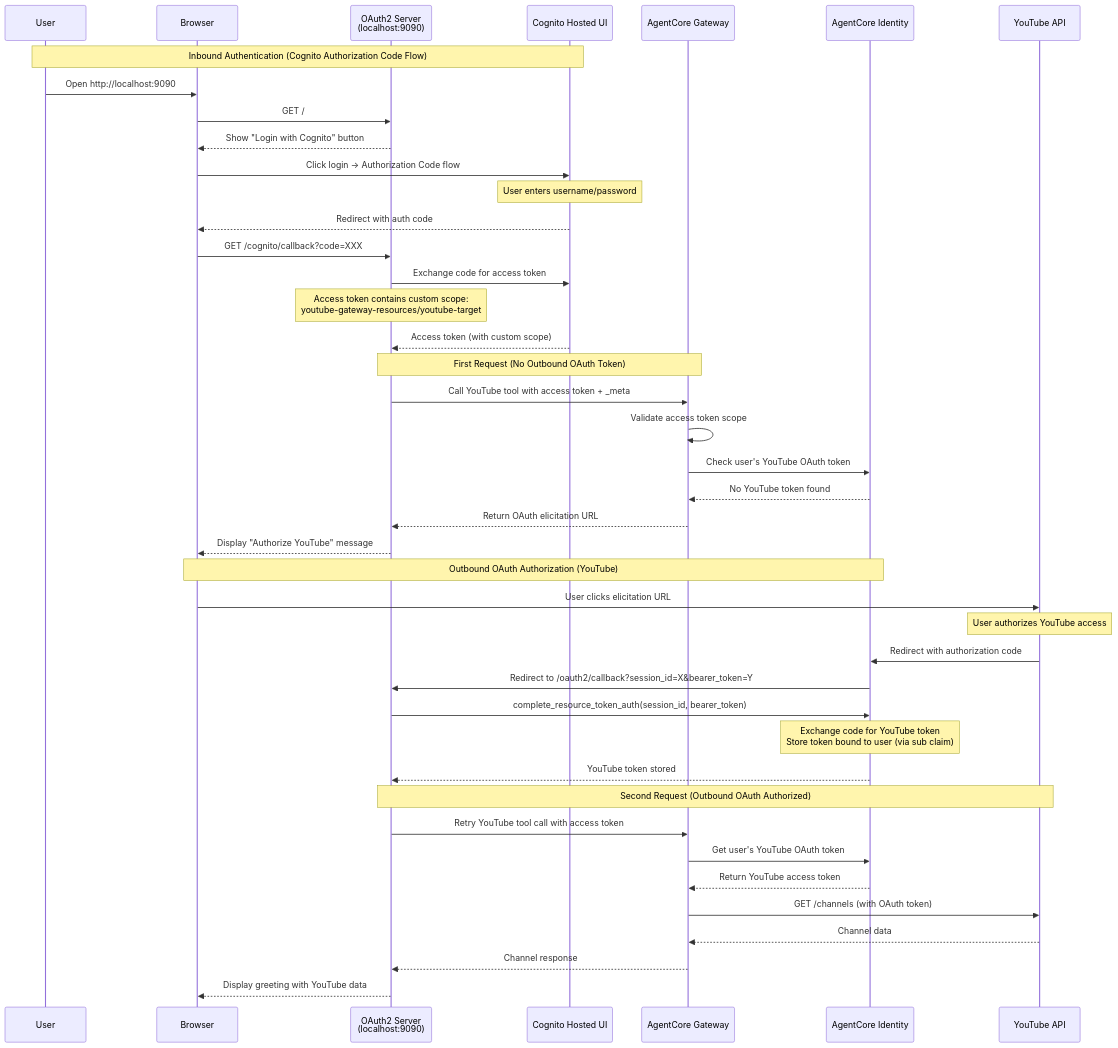
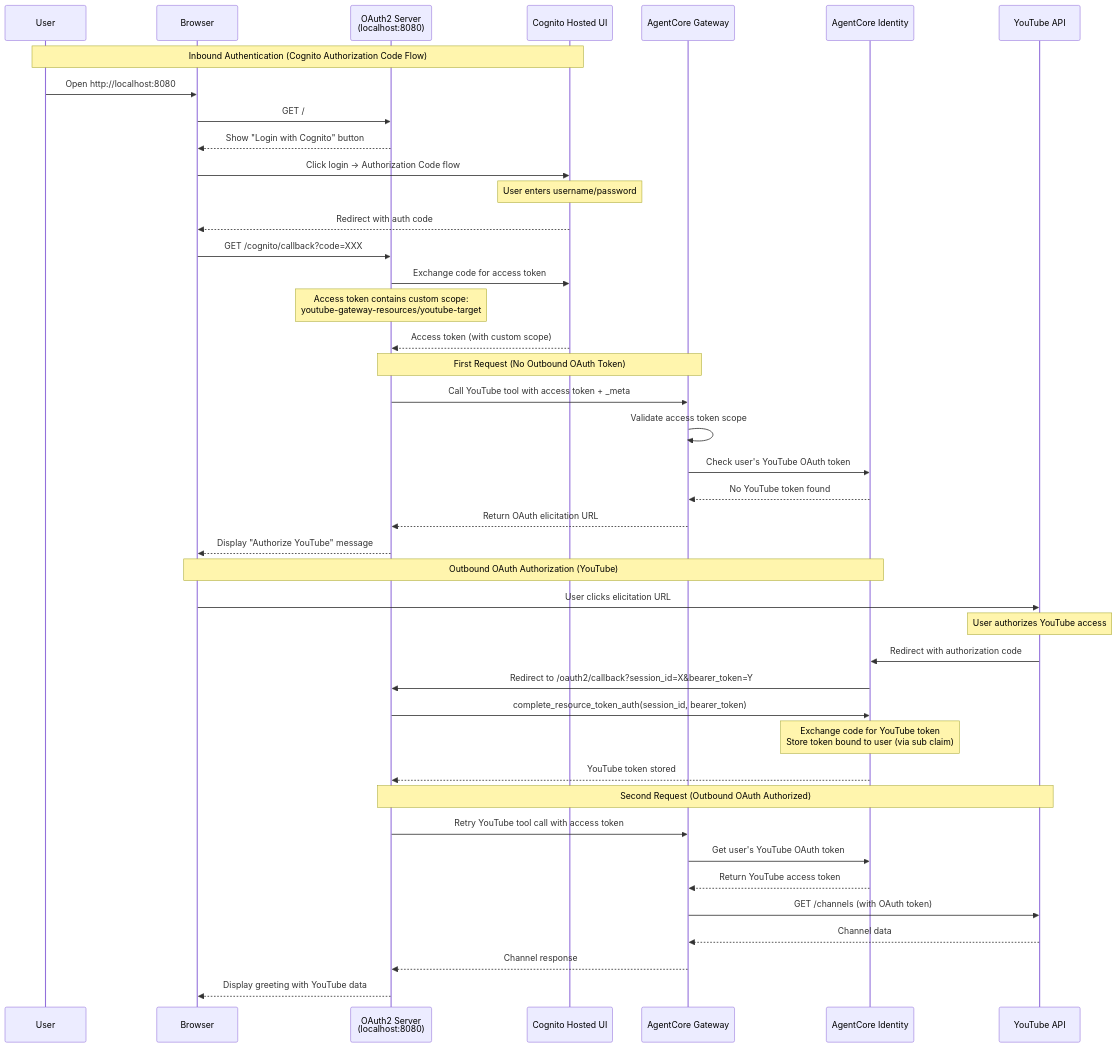
Before and after one commit to icoxfog417/agentcore-in-action: the first of 3 diagrams in say-hello-to-authorized-customer/README.md, drawn with Mermaid. The commit also changed other lines of this file, not shown here.

````diff
--- a/say-hello-to-authorized-customer/README.md
+++ b/say-hello-to-authorized-customer/README.md
@@ -67,48 +68,48 @@
 ```mermaid
 sequenceDiagram
     participant User
     participant Browser
-    participant Server as OAuth2 Server<br/>(localhost:9090)
+    participant Server as OAuth2 Server<br/>(localhost:8080)
     participant Cognito as Cognito Hosted UI
     participant Gateway as AgentCore Gateway
     participant Identity as AgentCore Identity
     participant YouTube as YouTube API
 
     Note over User,Cognito: Inbound Authentication (Cognito Authorization Code Flow)
-    User->>Browser: Open http://localhost:9090
+    User->>Browser: Open http://localhost:8080
     Browser->>Server: GET /
     Server-->>Browser: Show "Login with Cognito" button
     Browser->>Cognito: Click login → Authorization Code flow
     Note over Cognito: User enters username/password
     Cognito-->>Browser: Redirect with auth code
     Browser->>Server: GET /cognito/callback?code=XXX
     Server->>Cognito: Exchange code for access token
     Note over Server: Access token contains custom scope:<br/>youtube-gateway-resources/youtube-target
     Cognito-->>Server: Access token (with custom scope)
     
     Note over Server,Gateway: First Request (No Outbound OAuth Token)
     Server->>Gateway: Call YouTube tool with access token + _meta
     Gateway->>Gateway: Validate access token scope
     Gateway->>Identity: Check user's YouTube OAuth token
     Identity-->>Gateway: No YouTube token found
     Gateway-->>Server: Return OAuth elicitation URL
     Server-->>Browser: Display "Authorize YouTube" message
     
     Note over Browser,Identity: Outbound OAuth Authorization (YouTube)
     Browser->>YouTube: User clicks elicitation URL
     Note over YouTube: User authorizes YouTube access
     YouTube->>Identity: Redirect with authorization code
     Identity->>Server: Redirect to /oauth2/callback?session_id=X&bearer_token=Y
     Server->>Identity: complete_resource_token_auth(session_id, bearer_token)
     Note over Identity: Exchange code for YouTube token<br/>Store token bound to user (via sub claim)
     Identity-->>Server: YouTube token stored
     
     Note over Server,YouTube: Second Request (Outbound OAuth Authorized)
     Server->>Gateway: Retry YouTube tool call with access token
     Gateway->>Identity: Get user's YouTube OAuth token
     Identity-->>Gateway: Return YouTube access token
     Gateway->>YouTube: GET /channels (with OAuth token)
     YouTube-->>Gateway: Channel data
     Gateway-->>Server: Channel response
     Server-->>Browser: Display greeting with YouTube data
 ```
````
